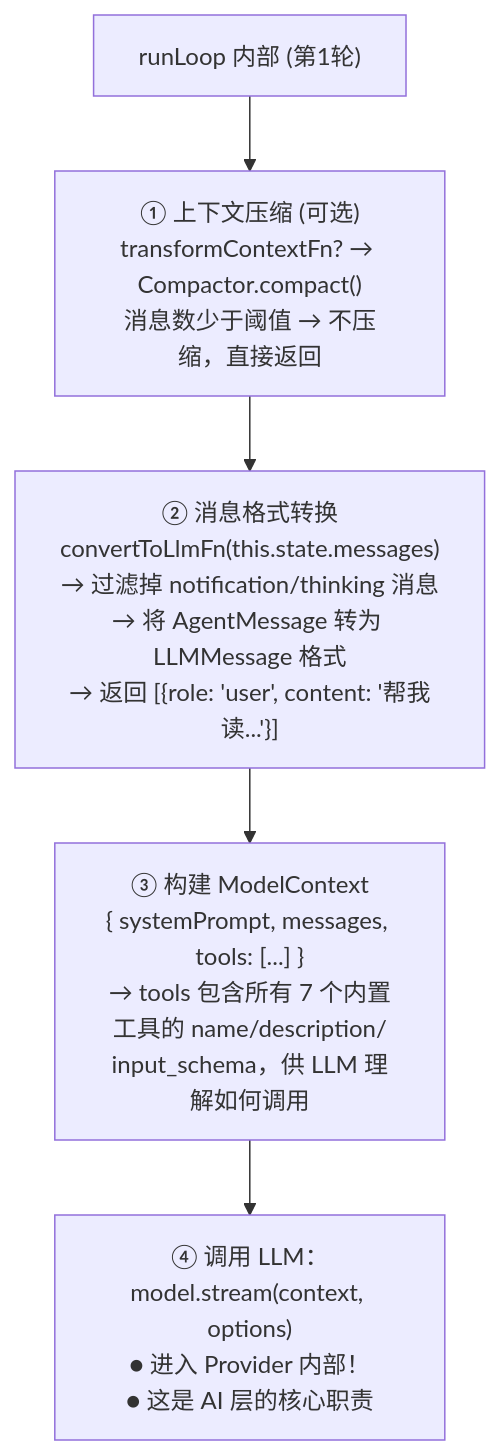
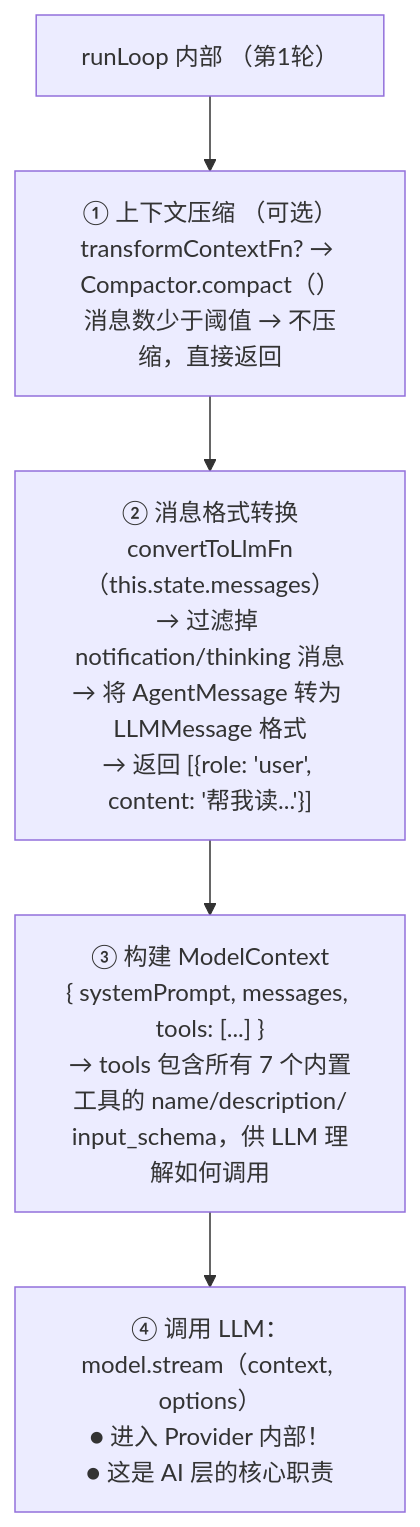
The fourth of 12 diagrams in docs/09-putting-it-together/02-end-to-end-flow.md (KNeegcyao/my-easy-pi), drawn with Mermaid before and after one commit. The commit also changed other lines of this file and 25 other files, not shown here.

First line of the commit message:
fix: 修复 Mermaid 图表语法错误

````diff
--- a/docs/09-putting-it-together/02-end-to-end-flow.md
+++ b/docs/09-putting-it-together/02-end-to-end-flow.md
@@ -151,7 +151,7 @@
 ```mermaid
 flowchart TD
-    Start["runLoop 内部 (第1轮)"] --> Compact["① 上下文压缩 (可选)<br/>transformContextFn? → Compactor.compact()<br/>消息数少于阈值 → 不压缩，直接返回"]
-    Compact --> Convert["② 消息格式转换<br/>convertToLlmFn(this.state.messages)<br/>→ 过滤掉 notification/thinking 消息<br/>→ 将 AgentMessage 转为 LLMMessage 格式<br/>→ 返回 [{role: 'user', content: '帮我读...'}]"]
+    Start["runLoop 内部 （第1轮）"] --> Compact["① 上下文压缩 （可选）<br/>transformContextFn? → Compactor.compact（）<br/>消息数少于阈值 → 不压缩，直接返回"]
+    Compact --> Convert["② 消息格式转换<br/>convertToLlmFn（this.state.messages）<br/>→ 过滤掉 notification/thinking 消息<br/>→ 将 AgentMessage 转为 LLMMessage 格式<br/>→ 返回 [{role: 'user', content: '帮我读...'}]"]
     Convert --> BuildCtx["③ 构建 ModelContext<br/>{ systemPrompt, messages, tools: [...] }<br/>→ tools 包含所有 7 个内置工具的 name/description/<br/>input_schema，供 LLM 理解如何调用"]
-    BuildCtx --> Stream["④ 调用 LLM：model.stream(context, options)<br/>● 进入 Provider 内部！<br/>● 这是 AI 层的核心职责"]
+    BuildCtx --> Stream["④ 调用 LLM：model.stream（context, options）<br/>● 进入 Provider 内部！<br/>● 这是 AI 层的核心职责"]
 ```
````
